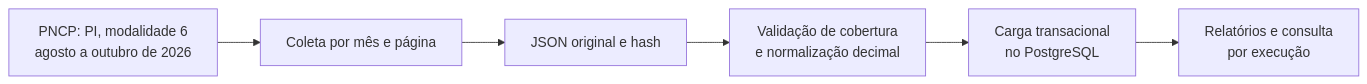
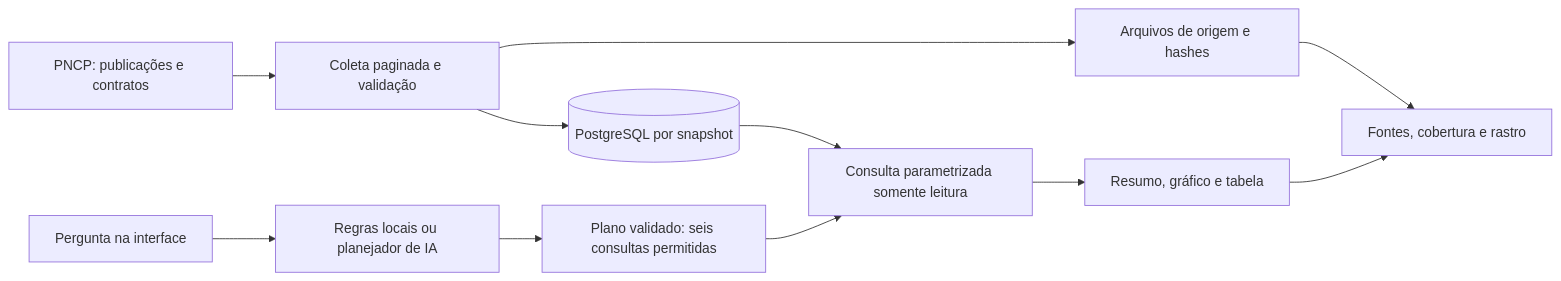
The diagram in README.md (luizznelson/asktrace), drawn with Mermaid before and after one commit. The commit also changed other lines of this file and 16 other files, not shown here.

````diff
--- a/README.md
+++ b/README.md
@@ -36,8 +56,13 @@
 ```mermaid
 flowchart LR
-  A[PNCP: PI, modalidade 6<br/>agosto a outubro de 2026] --> B[Coleta por mês e página]
-  B --> C[JSON original e hash]
-  C --> D[Validação de cobertura<br/>e normalização decimal]
-  D --> E[Carga transacional<br/>no PostgreSQL]
-  E --> F[Relatórios e consulta<br/>por execução]
+    P[PNCP: publicações e contratos] --> C[Coleta paginada e validação]
+    C --> E[Arquivos de origem e hashes]
+    C --> D[(PostgreSQL por snapshot)]
+    U[Pergunta na interface] --> R[Regras locais ou planejador de IA]
+    R --> V[Plano validado: seis consultas permitidas]
+    V --> Q[Consulta parametrizada somente leitura]
+    D --> Q
+    Q --> A[Resumo, gráfico e tabela]
+    E --> F[Fontes, cobertura e rastro]
+    A --> F
 ```
````
